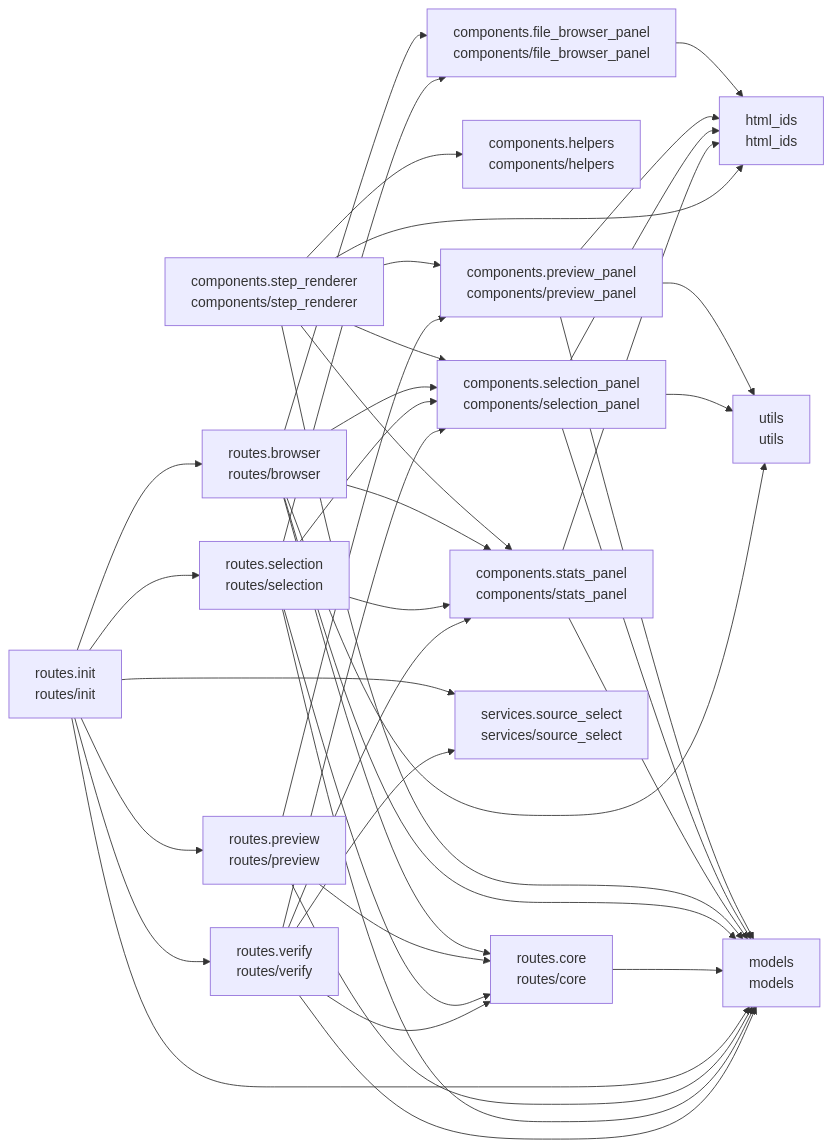
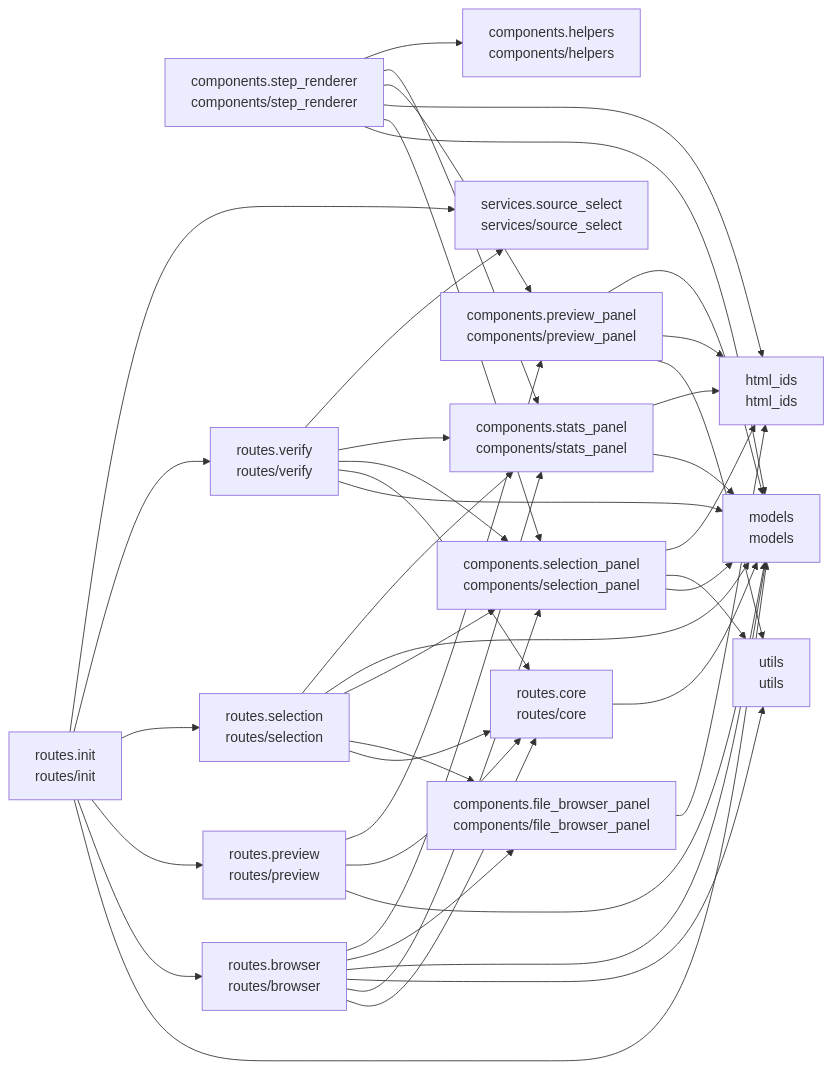
Before and after one commit to cj-mills/cjm-transcription-source-select: the diagram in README.md, drawn with Mermaid. The commit also changed other lines of this file and 6 other files, not shown here.

````diff
--- a/README.md
+++ b/README.md
@@ -39,61 +39,61 @@
 ``` mermaid
 graph LR
     components_file_browser_panel[components.file_browser_panel<br/>components/file_browser_panel]
     components_helpers[components.helpers<br/>components/helpers]
     components_preview_panel[components.preview_panel<br/>components/preview_panel]
     components_selection_panel[components.selection_panel<br/>components/selection_panel]
     components_stats_panel[components.stats_panel<br/>components/stats_panel]
     components_step_renderer[components.step_renderer<br/>components/step_renderer]
     html_ids[html_ids<br/>html_ids]
     models[models<br/>models]
     routes_browser[routes.browser<br/>routes/browser]
     routes_core[routes.core<br/>routes/core]
     routes_init[routes.init<br/>routes/init]
     routes_preview[routes.preview<br/>routes/preview]
     routes_selection[routes.selection<br/>routes/selection]
     routes_verify[routes.verify<br/>routes/verify]
     services_source_select[services.source_select<br/>services/source_select]
     utils[utils<br/>utils]
 
     components_file_browser_panel --> html_ids
     components_preview_panel --> utils
+    components_preview_panel --> html_ids
     components_preview_panel --> models
-    components_preview_panel --> html_ids
     components_selection_panel --> models
     components_selection_panel --> utils
     components_selection_panel --> html_ids
     components_stats_panel --> models
     components_stats_panel --> html_ids
-    components_step_renderer --> components_stats_panel
     components_step_renderer --> models
     components_step_renderer --> components_selection_panel
+    components_step_renderer --> html_ids
     components_step_renderer --> components_preview_panel
+    components_step_renderer --> components_stats_panel
     components_step_renderer --> components_helpers
-    components_step_renderer --> html_ids
-    routes_browser --> components_stats_panel
+    routes_browser --> routes_core
+    routes_browser --> components_selection_panel
     routes_browser --> utils
     routes_browser --> models
-    routes_browser --> components_selection_panel
     routes_browser --> components_file_browser_panel
-    routes_browser --> routes_core
+    routes_browser --> components_stats_panel
     routes_core --> models
     routes_init --> models
-    routes_init --> routes_selection
     routes_init --> routes_browser
     routes_init --> routes_preview
+    routes_init --> routes_selection
     routes_init --> routes_verify
     routes_init --> services_source_select
     routes_preview --> models
     routes_preview --> routes_core
     routes_preview --> components_preview_panel
+    routes_selection --> routes_core
+    routes_selection --> components_file_browser_panel
+    routes_selection --> components_selection_panel
+    routes_selection --> models
     routes_selection --> components_stats_panel
-    routes_selection --> models
-    routes_selection --> components_selection_panel
-    routes_selection --> components_file_browser_panel
-    routes_selection --> routes_core
     routes_verify --> models
-    routes_verify --> components_stats_panel
     routes_verify --> routes_core
     routes_verify --> components_selection_panel
+    routes_verify --> components_stats_panel
     routes_verify --> services_source_select
 ```
````
